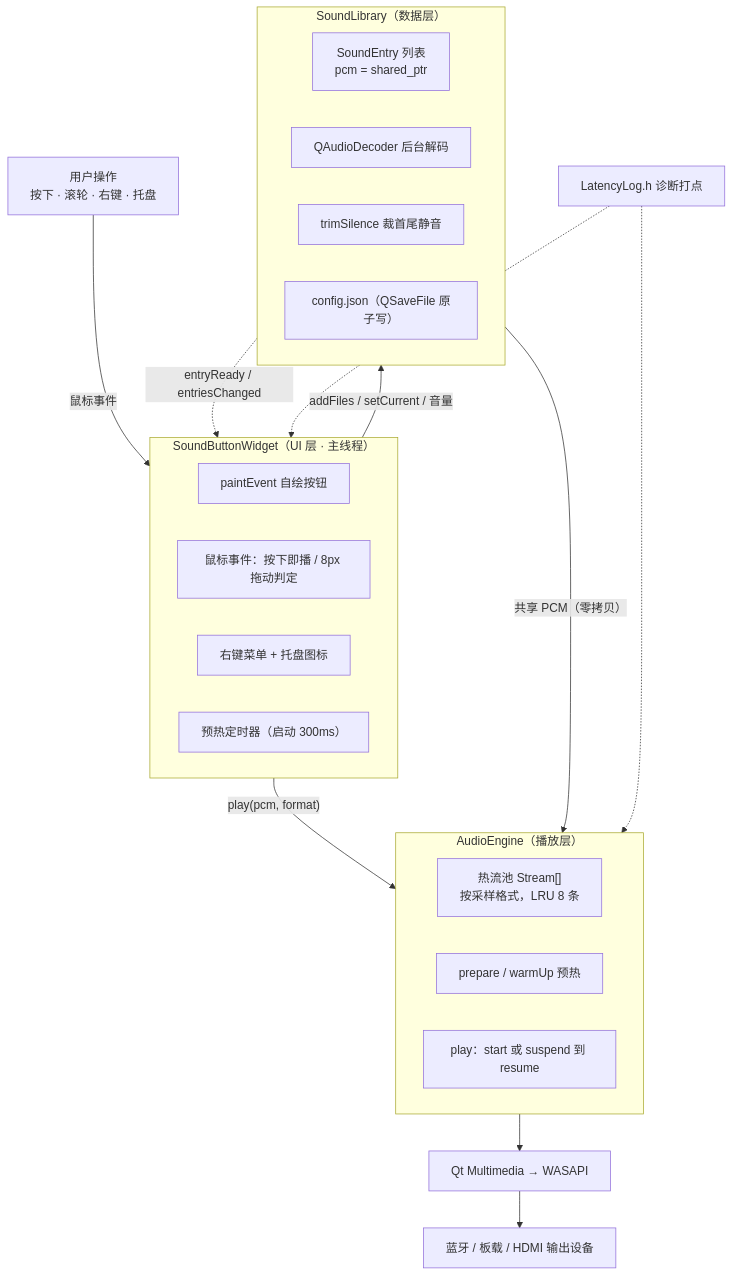
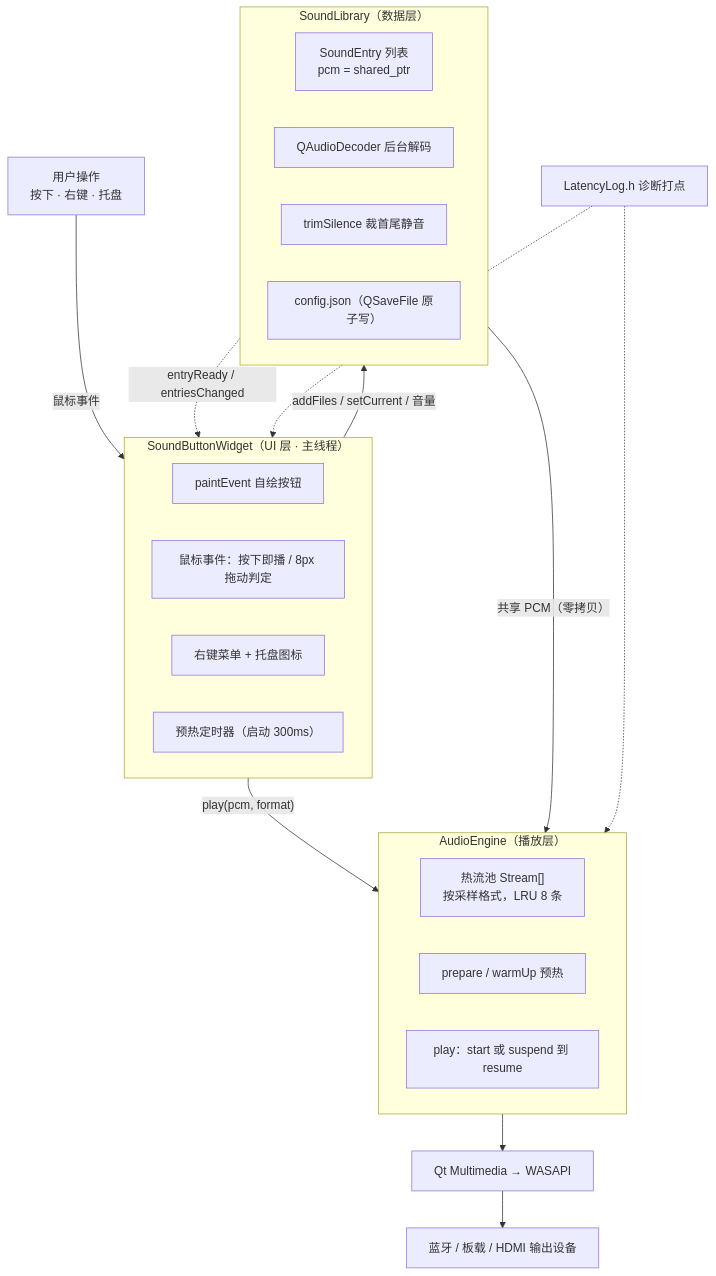
The first of 3 diagrams in ARCHITECTURE.md (Huy4z/sound-button), drawn with Mermaid before and after one commit. The commit also changed other lines of this file and 9 other files, not shown here.

````diff
--- a/ARCHITECTURE.md
+++ b/ARCHITECTURE.md
@@ -35,33 +35,33 @@
 ```mermaid
 flowchart TD
-    U["用户操作<br/>按下 · 滚轮 · 右键 · 托盘"] -->|鼠标事件| UI
+    U["用户操作<br/>按下 · 右键 · 托盘"] -->|鼠标事件| UI
 
     subgraph UI["SoundButtonWidget（UI 层 · 主线程）"]
         P["paintEvent 自绘按钮"]
         M["鼠标事件：按下即播 / 8px 拖动判定"]
         C["右键菜单 + 托盘图标"]
         T["预热定时器（启动 300ms）"]
     end
 
     subgraph DATA["SoundLibrary（数据层）"]
         E["SoundEntry 列表<br/>pcm = shared_ptr"]
         D["QAudioDecoder 后台解码"]
         S["trimSilence 裁首尾静音"]
         J["config.json（QSaveFile 原子写）"]
     end
 
     subgraph AUDIO["AudioEngine（播放层）"]
         POOL["热流池 Stream[]<br/>按采样格式，LRU 8 条"]
         W["prepare / warmUp 预热"]
         PLAY["play：start 或 suspend 到 resume"]
     end
 
     UI -->|"addFiles / setCurrent / 音量"| DATA
     DATA -.->|"entryReady / entriesChanged"| UI
     UI -->|"play(pcm, format)"| AUDIO
     DATA -->|"共享 PCM（零拷贝）"| AUDIO
     AUDIO --> DEV["Qt Multimedia → WASAPI"]
     DEV --> OUT["蓝牙 / 板载 / HDMI 输出设备"]
     LOG["LatencyLog.h 诊断打点"] -.-> UI
     LOG -.-> AUDIO
 ```
````
